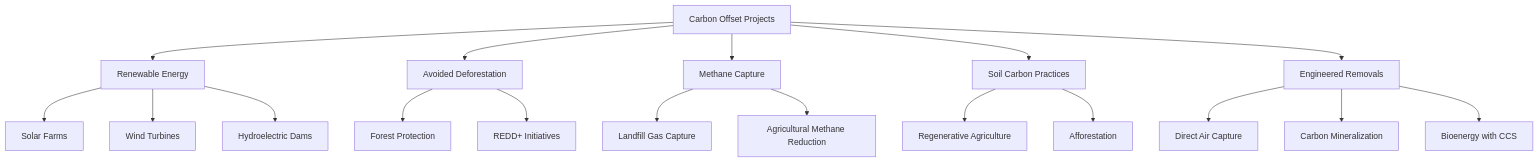
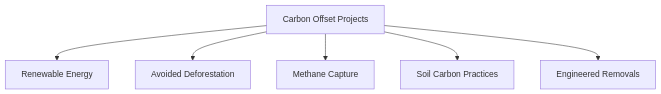
One commit to co3org/Industrial-Decarbonization changed the second of 3 diagrams in Offsetting.md. Above: the diagram before and after it, drawn with Mermaid. The commit also changed other lines of this file, not shown here.

Commit message:
Offsetting diagrams fixes

````diff
--- a/Offsetting.md
+++ b/Offsetting.md
@@ -60,25 +57,8 @@
 ```mermaid
 graph TD
     A[Carbon Offset Projects] --> B[Renewable Energy]
     A --> C[Avoided Deforestation]
     A --> D[Methane Capture]
     A --> E[Soil Carbon Practices]
     A --> F[Engineered Removals]
-    
-    B --> B1[Solar Farms]
-    B --> B2[Wind Turbines]
-    B --> B3[Hydroelectric Dams]
-    
-    C --> C1[Forest Protection]
-    C --> C2[REDD+ Initiatives]
-    
-    D --> D1[Landfill Gas Capture]
-    D --> D2[Agricultural Methane Reduction]
-    
-    E --> E1[Regenerative Agriculture]
-    E --> E2[Afforestation]
-    
-    F --> F1[Direct Air Capture]
-    F --> F2[Carbon Mineralization]
-    F --> F3[Bioenergy with CCS]
 ```
````
